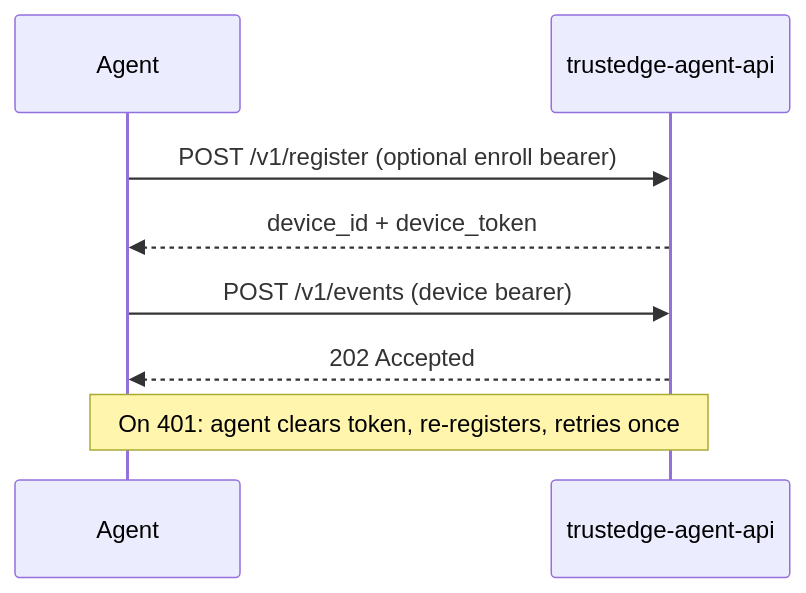
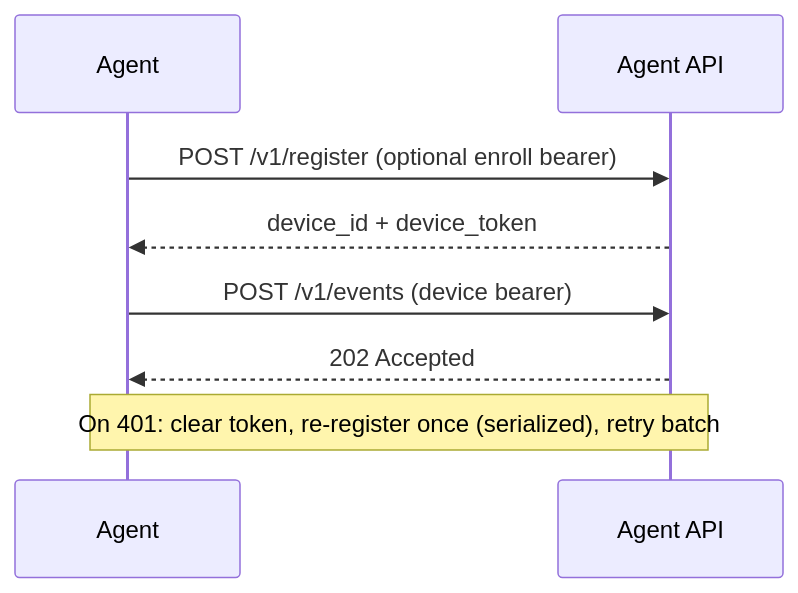
Before and after one commit to TrustEdgeOrg/TrustEdge-Agent: the third of 3 diagrams in docs/architecture.md, drawn with Mermaid. The commit also changed other lines of this file, not shown here.

First line of the commit message:
Refresh architecture docs for the durable ring and pipeline stages.

````diff
--- a/docs/architecture.md
+++ b/docs/architecture.md
@@ -147,11 +175,11 @@
 ```mermaid
 sequenceDiagram
     participant A as Agent
-    participant API as trustedge-agent-api
+    participant API as Agent API
 
     A->>API: POST /v1/register (optional enroll bearer)
     API-->>A: device_id + device_token
     A->>API: POST /v1/events (device bearer)
     API-->>A: 202 Accepted
-    Note over A,API: On 401: agent clears token, re-registers, retries once
+    Note over A,API: On 401: clear token, re-register once (serialized), retry batch
 ```
````
